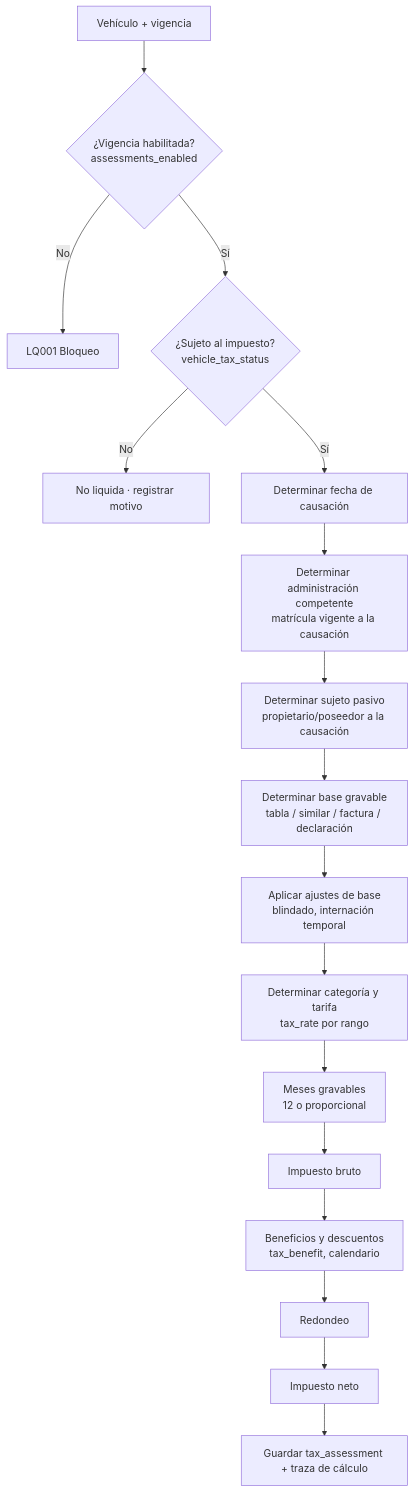
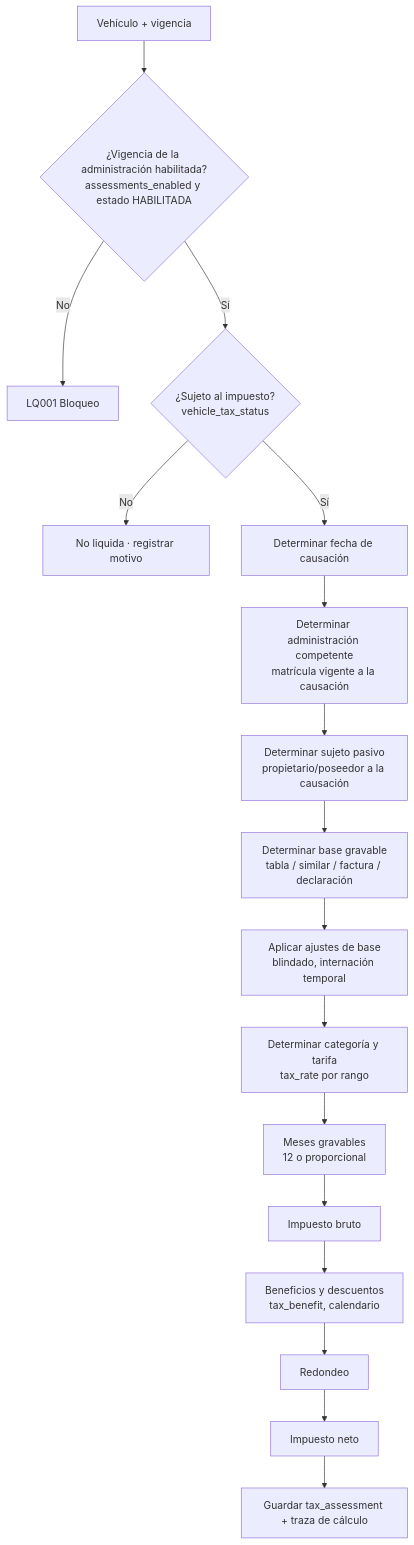
Before and after one commit to jorgearaujoSap/liv: the first of 3 diagrams in docs/funcional/02_Homologacion_y_Reglas_de_Liquidacion.md, drawn with Mermaid. The commit also changed other lines of this file and 3 other files, not shown here.

First line of the commit message:
docs(007): ERD 2.3, Doc. 01 v0.5 y Doc. 02 v0.3 con la vigencia por administración (#180)

````diff
--- a/docs/funcional/02_Homologacion_y_Reglas_de_Liquidacion.md
+++ b/docs/funcional/02_Homologacion_y_Reglas_de_Liquidacion.md
@@ -117,19 +117,19 @@
 ```mermaid
 flowchart TD
-    A[Vehículo + vigencia] --> B{¿Vigencia habilitada?<br/>assessments_enabled}
+    A[Vehículo + vigencia] --> B{¿Vigencia de la administración habilitada?<br/>assessments_enabled y estado HABILITADA}
     B -- No --> X1[LQ001 Bloqueo]
     B -- Sí --> C{¿Sujeto al impuesto?<br/>vehicle_tax_status}
     C -- No --> X2[No liquida · registrar motivo]
     C -- Sí --> D[Determinar fecha de causación]
     D --> E[Determinar administración competente<br/>matrícula vigente a la causación]
     E --> F[Determinar sujeto pasivo<br/>propietario/poseedor a la causación]
     F --> G[Determinar base gravable<br/>tabla / similar / factura / declaración]
     G --> H[Aplicar ajustes de base<br/>blindado, internación temporal]
     H --> I[Determinar categoría y tarifa<br/>tax_rate por rango]
     I --> J[Meses gravables<br/>12 o proporcional]
     J --> K[Impuesto bruto]
     K --> L[Beneficios y descuentos<br/>tax_benefit, calendario]
     L --> M[Redondeo]
     M --> N[Impuesto neto]
     N --> O[Guardar tax_assessment + traza de cálculo]
 ```
````
